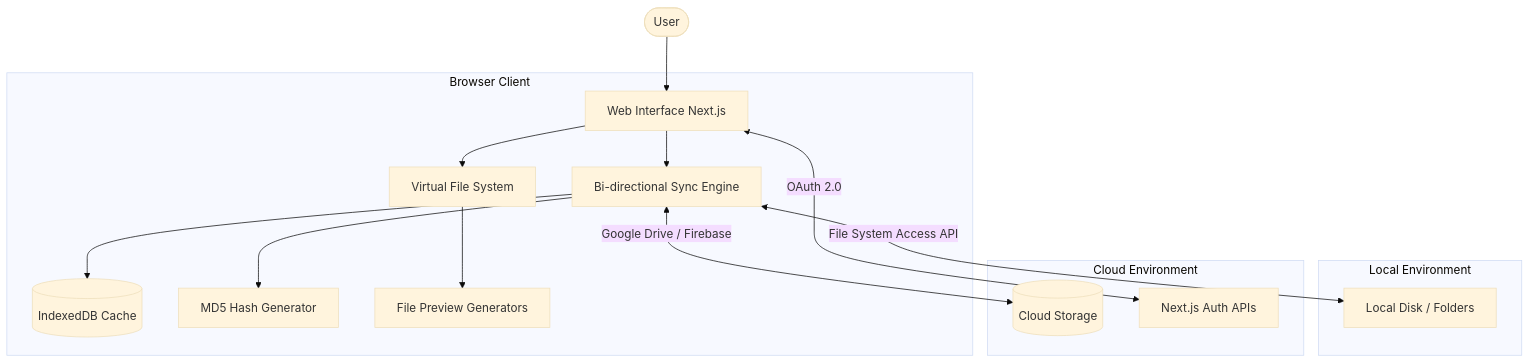
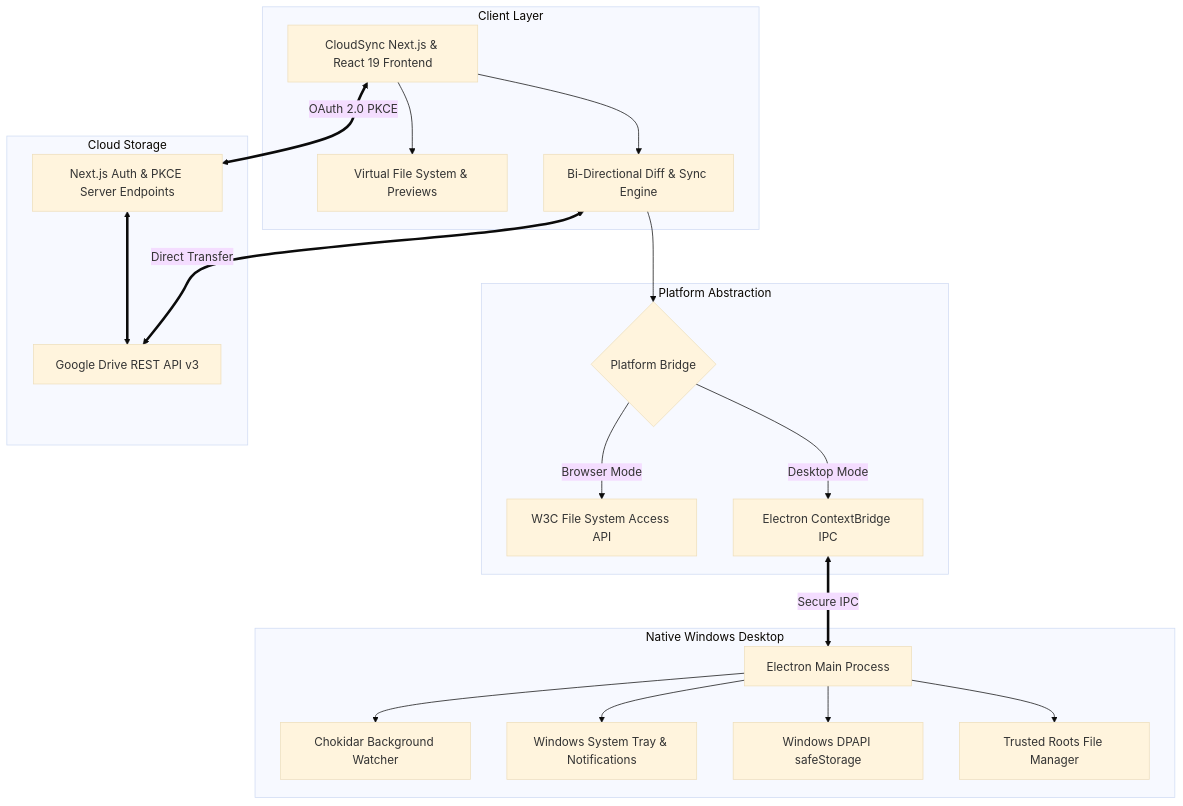
One commit to Virendra-Phirke/CloudSync changed the diagram in README.md. Above: the diagram before and after it, drawn with Mermaid (base theme). The commit also changed other lines of this file and 51 other files, not shown here.

Commit message:
feat: implement native Windows desktop client and update documentation

````diff
--- a/README.md
+++ b/README.md
@@ -67,21 +77,43 @@
 ```mermaid
-graph TD
-    User([User]) --> UI[Web Interface Next.js]
-    
-    subgraph Browser Client
-        UI --> SyncEngine[Bi-directional Sync Engine]
-        UI --> VFS[Virtual File System]
-        SyncEngine --> Cache[(IndexedDB Cache)]
-        SyncEngine --> HashEngine[MD5 Hash Generator]
-        VFS --> Previews[File Preview Generators]
+graph TB
+    subgraph Client Layer
+        UI[CloudSync Next.js & React 19 Frontend]
+        VFS[Virtual File System & Previews]
+        SyncEngine[Bi-Directional Diff & Sync Engine]
     end
 
-    subgraph Local Environment
-        SyncEngine <--> |File System Access API| LocalStorage[Local Disk / Folders]
+    subgraph Platform Abstraction
+        Adapter{Platform Bridge}
+        WebFS[W3C File System Access API]
+        DesktopBridge[Electron ContextBridge IPC]
     end
 
-    subgraph Cloud Environment
-        SyncEngine <--> |Google Drive / Firebase| CloudStorage[(Cloud Storage)]
-        UI <--> |OAuth 2.0| NextAuthAPI[Next.js Auth APIs]
+    subgraph Native Windows Desktop
+        MainProcess[Electron Main Process]
+        Watcher[Chokidar Background Watcher]
+        Tray[Windows System Tray & Notifications]
+        SafeStorage[Windows DPAPI safeStorage]
+        TrustedRoots[Trusted Roots File Manager]
     end
+
+    subgraph Cloud Storage
+        DriveAPI[Google Drive REST API v3]
+        AuthServer[Next.js Auth & PKCE Server Endpoints]
+    end
+
+    UI --> SyncEngine
+    UI --> VFS
+    SyncEngine --> Adapter
+    Adapter -->|Browser Mode| WebFS
+    Adapter -->|Desktop Mode| DesktopBridge
+
+    DesktopBridge <==>|Secure IPC| MainProcess
+    MainProcess --> Watcher
+    MainProcess --> Tray
+    MainProcess --> SafeStorage
+    MainProcess --> TrustedRoots
+
+    SyncEngine <==>|Direct Transfer| DriveAPI
+    UI <==>|OAuth 2.0 PKCE| AuthServer
+    AuthServer <==> DriveAPI
 ```
````
